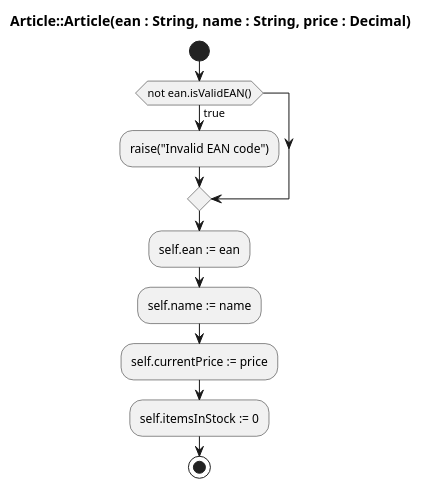
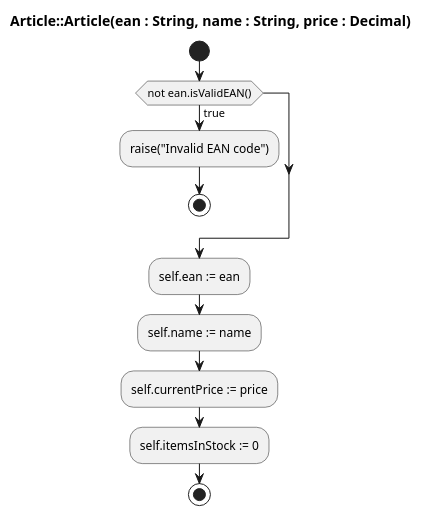
The diagram in shop/classical-uml/new-article.puml (scx-othr/MoProCo-evaluation), drawn with PlantUML before and after one commit. The commit also changed 14 other files, not shown here.

```diff
--- a/shop/classical-uml/new-article.puml
+++ b/shop/classical-uml/new-article.puml
@@ -1,14 +1,14 @@
 @startuml
 title Article::Article(ean : String, name : String, price : Decimal)
 
 start
 if (not ean.isValidEAN()) then (true)
   :raise("Invalid EAN code");
+  stop
 endif
-
 :self.ean := ean;
 :self.name := name;
 :self.currentPrice := price;
 :self.itemsInStock := 0;
 stop
 @enduml
```
